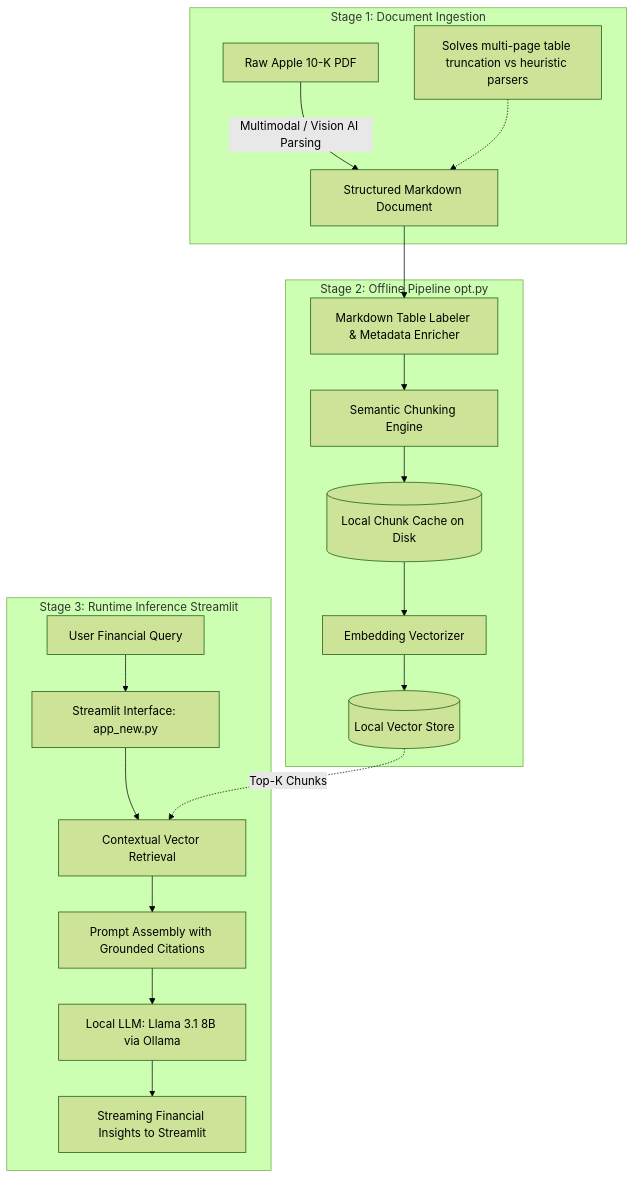
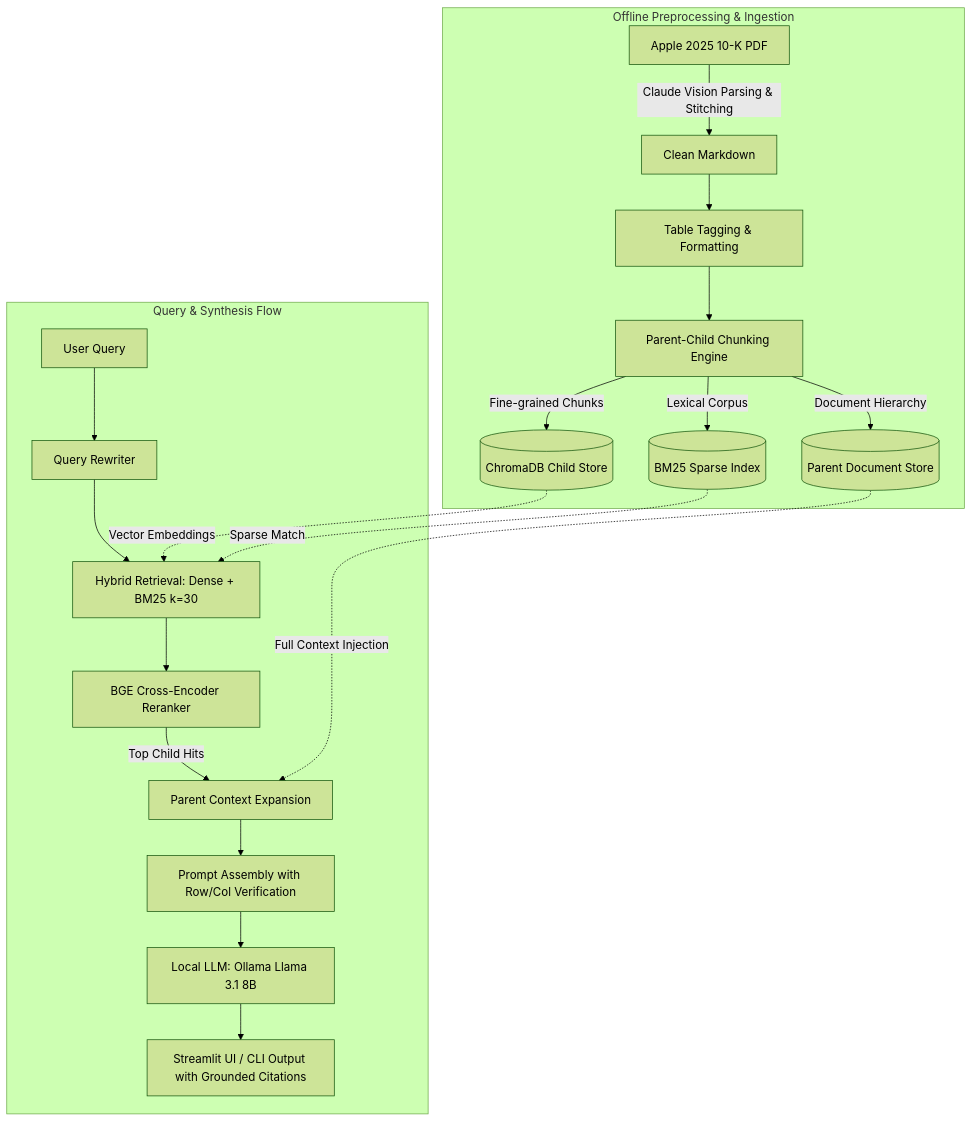
The diagram in README.md (sundogya/rag_apple_financial_report), drawn with Mermaid (forest theme) before and after one commit. The commit also changed other lines of this file, not shown here.

````diff
--- a/README.md
+++ b/README.md
@@ -29,24 +30,26 @@
 ```mermaid
 flowchart TD
-    subgraph Stage 1: Document Ingestion
-        A[Raw Apple 10-K PDF] -->|Multimodal / Vision AI Parsing| B[Structured Markdown Document]
-        note1[Solves multi-page table truncation vs heuristic parsers] -.-> B
+    subgraph Data Pipeline [Offline Preprocessing & Ingestion]
+        A[Apple 2025 10-K PDF] -->|Claude Vision Parsing & Stitching| B[Clean Markdown]
+        B --> C[Table Tagging & Formatting]
+        C --> D[Parent-Child Chunking Engine]
+        D -->|Fine-grained Chunks| E[(ChromaDB Child Store)]
+        D -->|Lexical Corpus| F[(BM25 Sparse Index)]
+        D -->|Document Hierarchy| G[(Parent Document Store)]
     end
 
-    subgraph Stage 2: Offline Pipeline opt.py
-        B --> C[Markdown Table Labeler & Metadata Enricher]
-        C --> D[Semantic Chunking Engine]
-        D --> E[(Local Chunk Cache on Disk)]
-        E --> F[Embedding Vectorizer]
-        F --> G[(Local Vector Store)]
-    end
-
-    subgraph Stage 3: Runtime Inference Streamlit
-        H[User Financial Query] --> I[Streamlit Interface: app_new.py]
-        I --> J[Contextual Vector Retrieval]
-        G -.->|Top-K Chunks| J
-        J --> K[Prompt Assembly with Grounded Citations]
-        K --> L[Local LLM: Llama 3.1 8B via Ollama]
-        L --> M[Streaming Financial Insights to Streamlit]
+    subgraph Runtime Inference [Query & Synthesis Flow]
+        H[User Query] --> I[Query Rewriter]
+        I --> J[Hybrid Retrieval: Dense + BM25 k=30]
+        E -.->|Vector Embeddings| J
+        F -.->|Sparse Match| J
+        
+        J --> K[BGE Cross-Encoder Reranker]
+        K -->|Top Child Hits| L[Parent Context Expansion]
+        G -.->|Full Context Injection| L
+        
+        L --> M[Prompt Assembly with Row/Col Verification]
+        M --> N[Local LLM: Ollama Llama 3.1 8B]
+        N --> O[Streamlit UI / CLI Output with Grounded Citations]
     end
 ```
````
